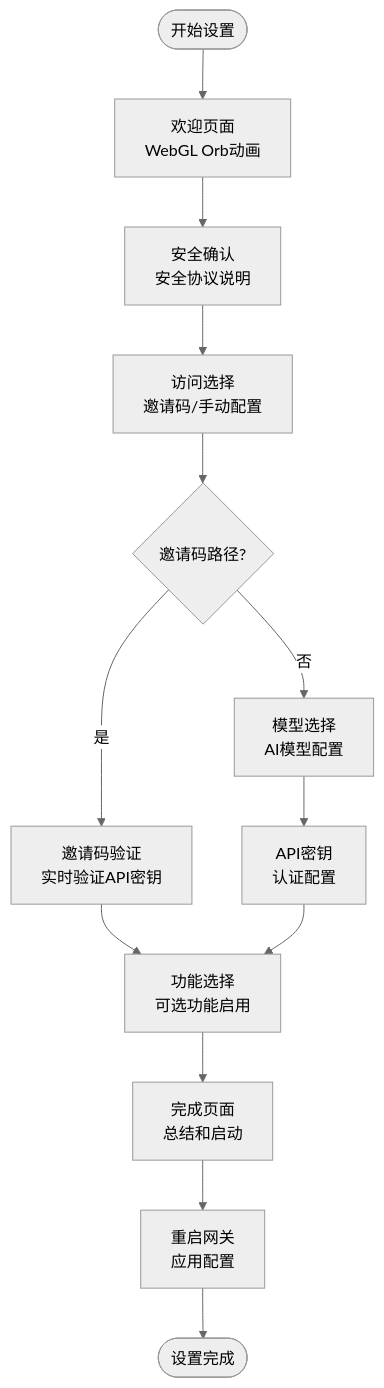
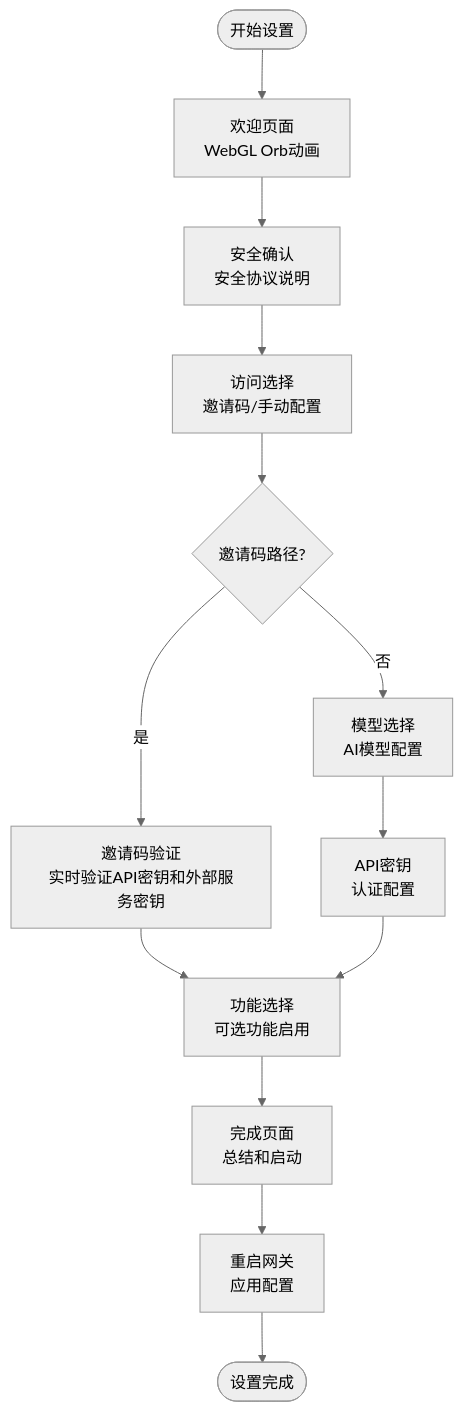
One commit to verse-ai-org/openclaw changed the fourth of 15 diagrams in .qoder/repowiki/zh/content/开发者指南/设置向导系统.md. Above: the diagram before and after it, drawn with Mermaid (neutral theme). The commit also changed other lines of this file and 7 other files, not shown here.

````diff
--- a/.qoder/repowiki/zh/content/开发者指南/设置向导系统.md
+++ b/.qoder/repowiki/zh/content/开发者指南/设置向导系统.md
@@ -303,15 +339,15 @@
 ```mermaid
 flowchart TD
 Start([开始设置]) --> Welcome[欢迎页面<br/>WebGL Orb动画]
 Welcome --> Security[安全确认<br/>安全协议说明]
 Security --> Access[访问选择<br/>邀请码/手动配置]
 Access --> InvitePath{邀请码路径?}
-InvitePath --> |是| InviteCode[邀请码验证<br/>实时验证API密钥]
+InvitePath --> |是| InviteCode[邀请码验证<br/>实时验证API密钥和外部服务密钥]
 InvitePath --> |否| Model[模型选择<br/>AI模型配置]
 InviteCode --> Features[功能选择<br/>可选功能启用]
 Model --> ApiKey[API密钥<br/>认证配置]
 ApiKey --> Features
 Features --> Completion[完成页面<br/>总结和启动]
 Completion --> Restart[重启网关<br/>应用配置]
 Restart --> End([设置完成])
 ```
````
